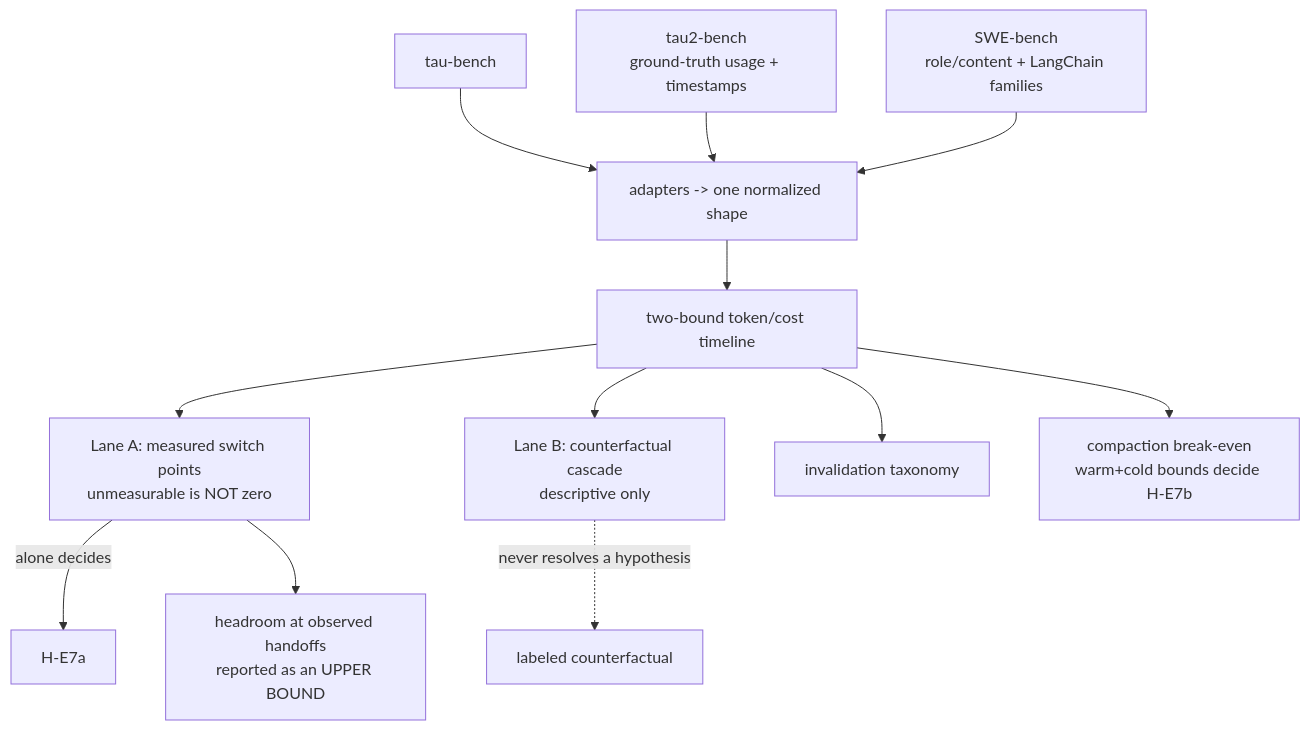
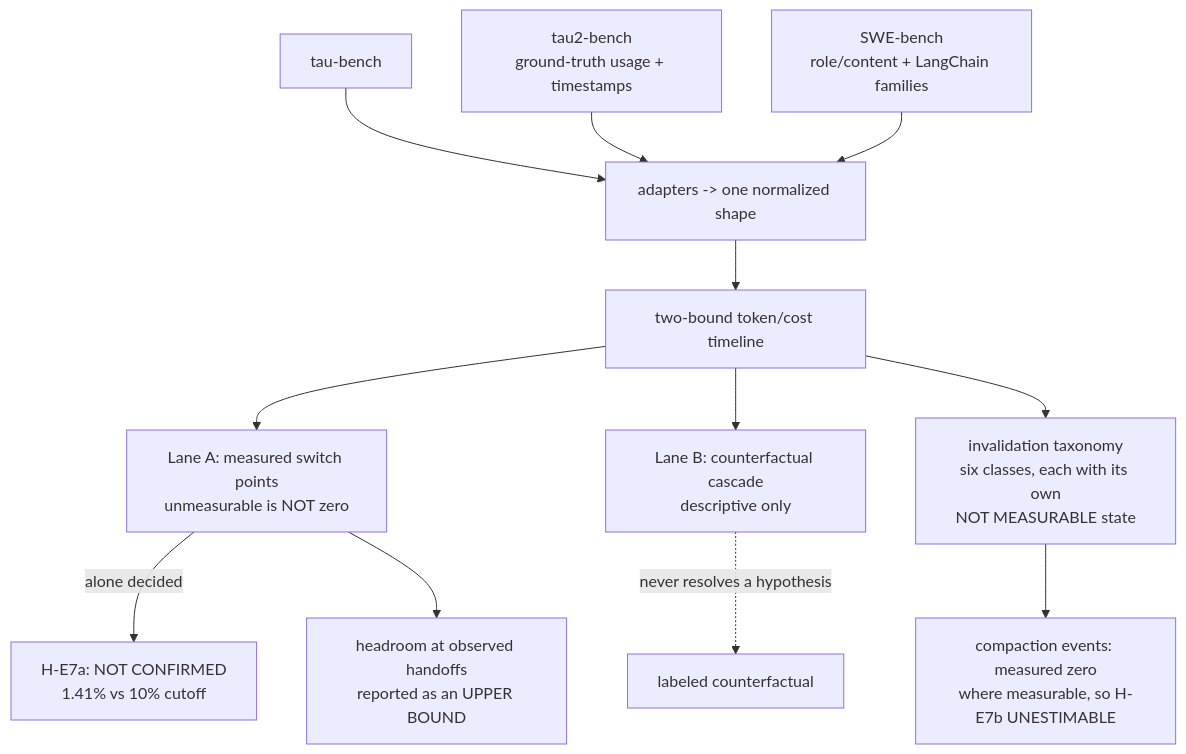
Before and after one commit to hossainpazooki/linear-ceiling: the third of 6 diagrams in README.md, drawn with Mermaid. The commit also changed other lines of this file and 4 other files, not shown here.

````diff
--- a/README.md
+++ b/README.md
@@ -51,14 +56,14 @@
 ```mermaid
 flowchart TD
     T1[tau-bench] --> P[adapters -> one normalized shape]
     T2[tau2-bench<br/>ground-truth usage + timestamps] --> P
     T3[SWE-bench<br/>role/content + LangChain families] --> P
     P --> C[two-bound token/cost timeline]
     C --> A["Lane A: measured switch points<br/>unmeasurable is NOT zero"]
     C --> B["Lane B: counterfactual cascade<br/>descriptive only"]
-    A -->|alone decides| HA[H-E7a]
+    A -->|alone decided| HA[H-E7a: NOT CONFIRMED<br/>1.41% vs 10% cutoff]
     A --> HR[headroom at observed handoffs<br/>reported as an UPPER BOUND]
     B -.->|never resolves a hypothesis| DESC[labeled counterfactual]
-    C --> TAX[invalidation taxonomy]
-    C --> CB[compaction break-even<br/>warm+cold bounds decide H-E7b]
+    C --> TAX[invalidation taxonomy<br/>six classes, each with its own<br/>NOT MEASURABLE state]
+    TAX --> CB[compaction events: measured zero<br/>where measurable, so H-E7b UNESTIMABLE]
 ```
````
